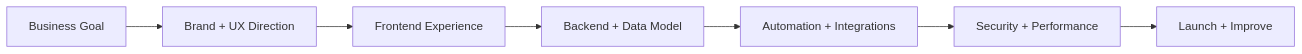
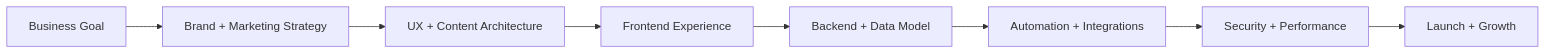
One commit to mr-socialmedia/mr-socialmedia changed the diagram in README.md. Above: the diagram before and after it, drawn with Mermaid. The commit also changed other lines of this file, not shown here.

````diff
--- a/README.md
+++ b/README.md
@@ -83,9 +100,10 @@
 ```mermaid
 flowchart LR
-  A[Business Goal] --> B[Brand + UX Direction]
-  B --> C[Frontend Experience]
-  C --> D[Backend + Data Model]
-  D --> E[Automation + Integrations]
-  E --> F[Security + Performance]
-  F --> G[Launch + Improve]
+  A[Business Goal] --> B[Brand + Marketing Strategy]
+  B --> C[UX + Content Architecture]
+  C --> D[Frontend Experience]
+  D --> E[Backend + Data Model]
+  E --> F[Automation + Integrations]
+  F --> G[Security + Performance]
+  G --> H[Launch + Growth]
 ```
````
